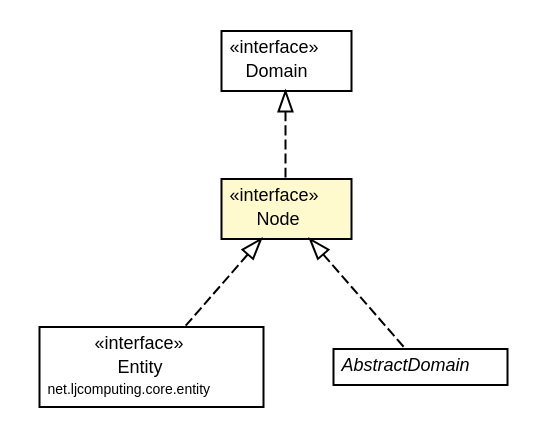
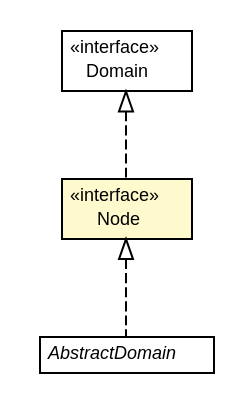
The diagram in net.ljcomputing.core/docs/javadoc/apidocs/net/ljcomputing/core/domain/Node.dot (willmorejg/net.ljcomputing.ecsr), drawn with Graphviz before and after one commit. The commit also changed 295 other files, not shown here.

```diff
--- a/net.ljcomputing.core/docs/javadoc/apidocs/net/ljcomputing/core/domain/Node.dot
+++ b/net.ljcomputing.core/docs/javadoc/apidocs/net/ljcomputing/core/domain/Node.dot
@@ -1,46 +1,36 @@
 #!/usr/local/bin/dot
 #
 # Class diagram 
 # Generated by UMLGraph version R5_6 (http://www.umlgraph.org/)
 #
 
 digraph G {
 	edge [fontname="Helvetica",fontsize=10,labelfontname="Helvetica",labelfontsize=10];
 	node [fontname="Helvetica",fontsize=10,shape=plaintext];
 	nodesep=0.25;
 	ranksep=0.5;
-	// net.ljcomputing.core.entity.Entity
-	c138 [label=<<table title="net.ljcomputing.core.entity.Entity" border="0" cellborder="1" cellspacing="0" cellpadding="2" port="p" href="../entity/Entity.html">
-		<tr><td><table border="0" cellspacing="0" cellpadding="1">
-<tr><td align="center" balign="center"> &#171;interface&#187; </td></tr>
-<tr><td align="center" balign="center"> Entity </td></tr>
-<tr><td align="center" balign="center"><font point-size="7.0"> net.ljcomputing.core.entity </font></td></tr>
-		</table></td></tr>
-		</table>>, URL="../entity/Entity.html", fontname="Helvetica", fontcolor="black", fontsize=9.0];
 	// net.ljcomputing.core.domain.Domain
-	c139 [label=<<table title="net.ljcomputing.core.domain.Domain" border="0" cellborder="1" cellspacing="0" cellpadding="2" port="p" href="./Domain.html">
+	c14 [label=<<table title="net.ljcomputing.core.domain.Domain" border="0" cellborder="1" cellspacing="0" cellpadding="2" port="p" href="./Domain.html">
 		<tr><td><table border="0" cellspacing="0" cellpadding="1">
 <tr><td align="center" balign="center"> &#171;interface&#187; </td></tr>
 <tr><td align="center" balign="center"> Domain </td></tr>
 		</table></td></tr>
 		</table>>, URL="./Domain.html", fontname="Helvetica", fontcolor="black", fontsize=9.0];
 	// net.ljcomputing.core.domain.Node
-	c140 [label=<<table title="net.ljcomputing.core.domain.Node" border="0" cellborder="1" cellspacing="0" cellpadding="2" port="p" bgcolor="lemonChiffon" href="./Node.html">
+	c15 [label=<<table title="net.ljcomputing.core.domain.Node" border="0" cellborder="1" cellspacing="0" cellpadding="2" port="p" bgcolor="lemonChiffon" href="./Node.html">
 		<tr><td><table border="0" cellspacing="0" cellpadding="1">
 <tr><td align="center" balign="center"> &#171;interface&#187; </td></tr>
 <tr><td align="center" balign="center"> Node </td></tr>
 		</table></td></tr>
 		</table>>, URL="./Node.html", fontname="Helvetica", fontcolor="black", fontsize=9.0];
 	// net.ljcomputing.core.domain.AbstractDomain
-	c141 [label=<<table title="net.ljcomputing.core.domain.AbstractDomain" border="0" cellborder="1" cellspacing="0" cellpadding="2" port="p" href="./AbstractDomain.html">
+	c16 [label=<<table title="net.ljcomputing.core.domain.AbstractDomain" border="0" cellborder="1" cellspacing="0" cellpadding="2" port="p" href="./AbstractDomain.html">
 		<tr><td><table border="0" cellspacing="0" cellpadding="1">
 <tr><td align="center" balign="center"><font face="Helvetica-Oblique"> AbstractDomain </font></td></tr>
 		</table></td></tr>
 		</table>>, URL="./AbstractDomain.html", fontname="Helvetica", fontcolor="black", fontsize=9.0];
-	//net.ljcomputing.core.entity.Entity implements net.ljcomputing.core.domain.Node
-	c140:p -> c138:p [dir=back,arrowtail=empty,style=dashed];
 	//net.ljcomputing.core.domain.Node implements net.ljcomputing.core.domain.Domain
-	c139:p -> c140:p [dir=back,arrowtail=empty,style=dashed];
+	c14:p -> c15:p [dir=back,arrowtail=empty,style=dashed];
 	//net.ljcomputing.core.domain.AbstractDomain implements net.ljcomputing.core.domain.Node
-	c140:p -> c141:p [dir=back,arrowtail=empty,style=dashed];
+	c15:p -> c16:p [dir=back,arrowtail=empty,style=dashed];
 }
```
